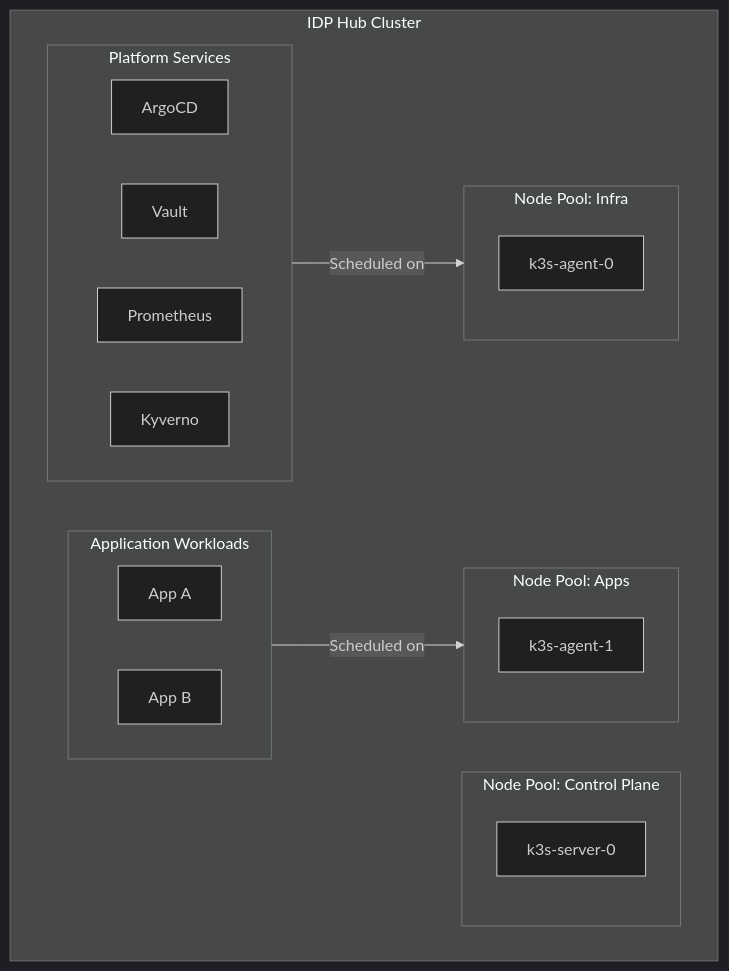
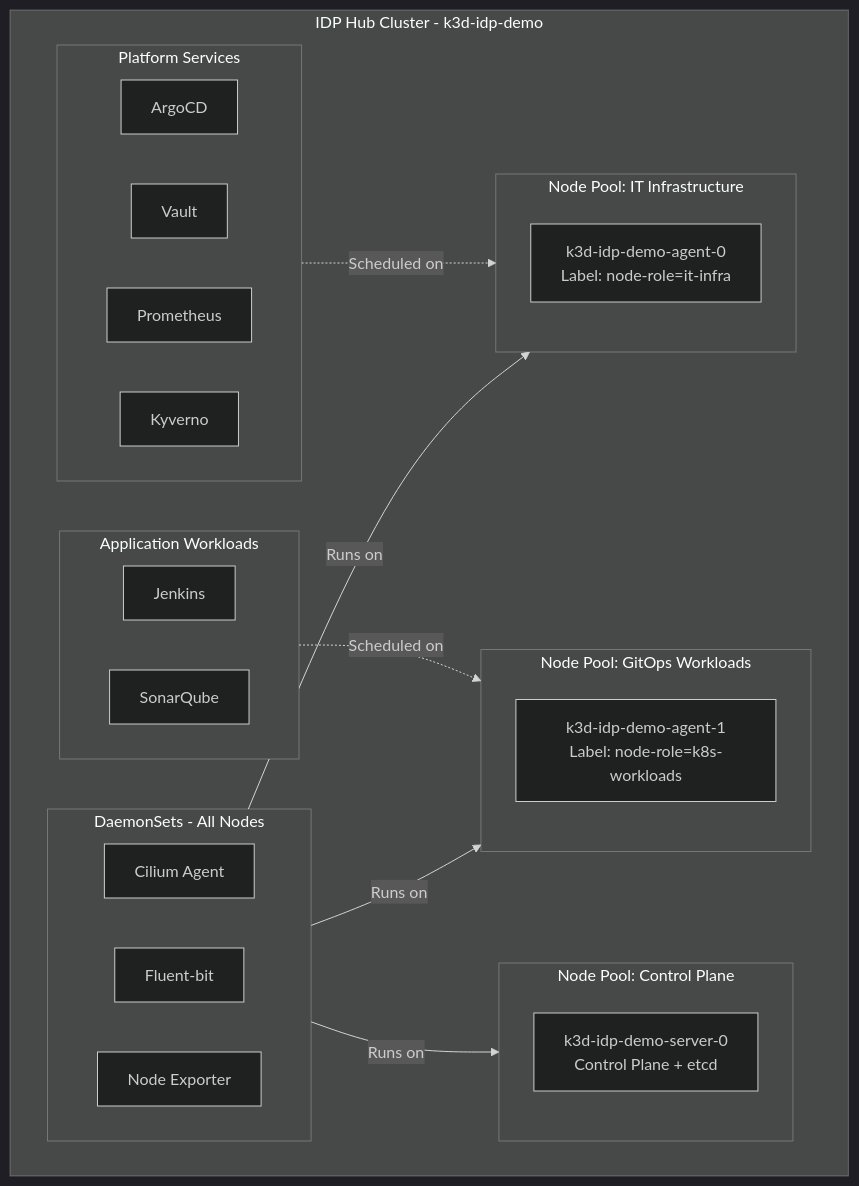
One commit to rou-cru/idp-blueprint changed the third of 10 diagrams in ARCHITECTURE_VISUAL.md. Above: the diagram before and after it, drawn with Mermaid (dark theme). The commit also changed other lines of this file and 2 other files, not shown here.

````diff
--- a/ARCHITECTURE_VISUAL.md
+++ b/ARCHITECTURE_VISUAL.md
@@ -82,36 +165,46 @@
 ```mermaid
 graph TD
-    subgraph IDPHubCluster [IDP Hub Cluster]
-        subgraph NodePool_Infra [Node Pool: Infra]
+    subgraph IDPHubCluster [IDP Hub Cluster - k3d-idp-demo]
+        subgraph NodePool_Infra [Node Pool: IT Infrastructure]
             direction TB
-            infra_node[k3s-agent-0]
+            infra_node[k3d-idp-demo-agent-0<br/>Label: node-role=it-infra]
         end
 
-        subgraph NodePool_Apps [Node Pool: Apps]
+        subgraph NodePool_Apps [Node Pool: GitOps Workloads]
             direction TB
-            apps_node[k3s-agent-1]
+            apps_node[k3d-idp-demo-agent-1<br/>Label: node-role=k8s-workloads]
         end
 
         subgraph NodePool_CP [Node Pool: Control Plane]
             direction TB
-            cp_node[k3s-server-0]
+            cp_node[k3d-idp-demo-server-0<br/>Control Plane + etcd]
         end
 
         subgraph Workloads_Platform [Platform Services]
             direction LR
             argo[ArgoCD]
             vault[Vault]
             prom[Prometheus]
             kyv[Kyverno]
         end
 
         subgraph Workloads_Apps [Application Workloads]
             direction LR
-            appA[App A]
-            appB[App B]
+            jenkins[Jenkins]
+            sonar[SonarQube]
+        end
+
+        subgraph DaemonSets_AllNodes [DaemonSets - All Nodes]
+            direction LR
+            cilium[Cilium Agent]
+            fluent[Fluent-bit]
+            node_exp[Node Exporter]
         end
     end
 
-    Workloads_Platform -->|Scheduled on| NodePool_Infra
-    Workloads_Apps -->|Scheduled on| NodePool_Apps
+    Workloads_Platform -.->|Scheduled on| NodePool_Infra
+    Workloads_Apps -.->|Scheduled on| NodePool_Apps
+    DaemonSets_AllNodes -->|Runs on| NodePool_CP
+    DaemonSets_AllNodes -->|Runs on| NodePool_Infra
+    DaemonSets_AllNodes -->|Runs on| NodePool_Apps
 ```
````
